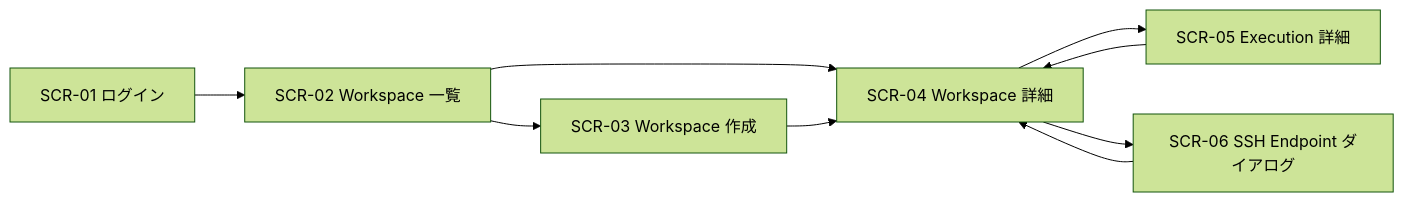
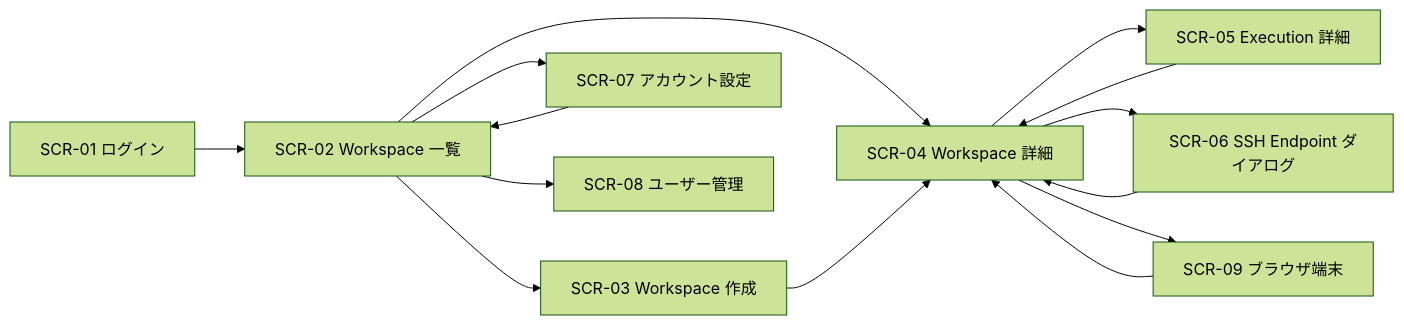
Before and after one commit to chalharu/copilot-sandbox-container: the diagram in docs/reference/orchestrator-screen-design.md, drawn with Mermaid (forest theme). The commit also changed other lines of this file and 2 other files, not shown here.

````diff
--- a/docs/reference/orchestrator-screen-design.md
+++ b/docs/reference/orchestrator-screen-design.md
@@ -18,18 +21,26 @@
 ```mermaid
 flowchart LR
   login["SCR-01 ログイン"]
   list["SCR-02 Workspace 一覧"]
   create["SCR-03 Workspace 作成"]
   detail["SCR-04 Workspace 詳細"]
   execution["SCR-05 Execution 詳細"]
   ssh["SCR-06 SSH Endpoint ダイアログ"]
+  account["SCR-07 アカウント設定"]
+  users["SCR-08 ユーザー管理"]
+  terminal["SCR-09 ブラウザ端末"]
 
   login --> list
   list --> create
   list --> detail
+  list --> account
+  list --> users
   detail --> execution
   detail --> ssh
+  detail --> terminal
   create --> detail
   ssh --> detail
   execution --> detail
+  account --> list
+  terminal --> detail
 ```
````
